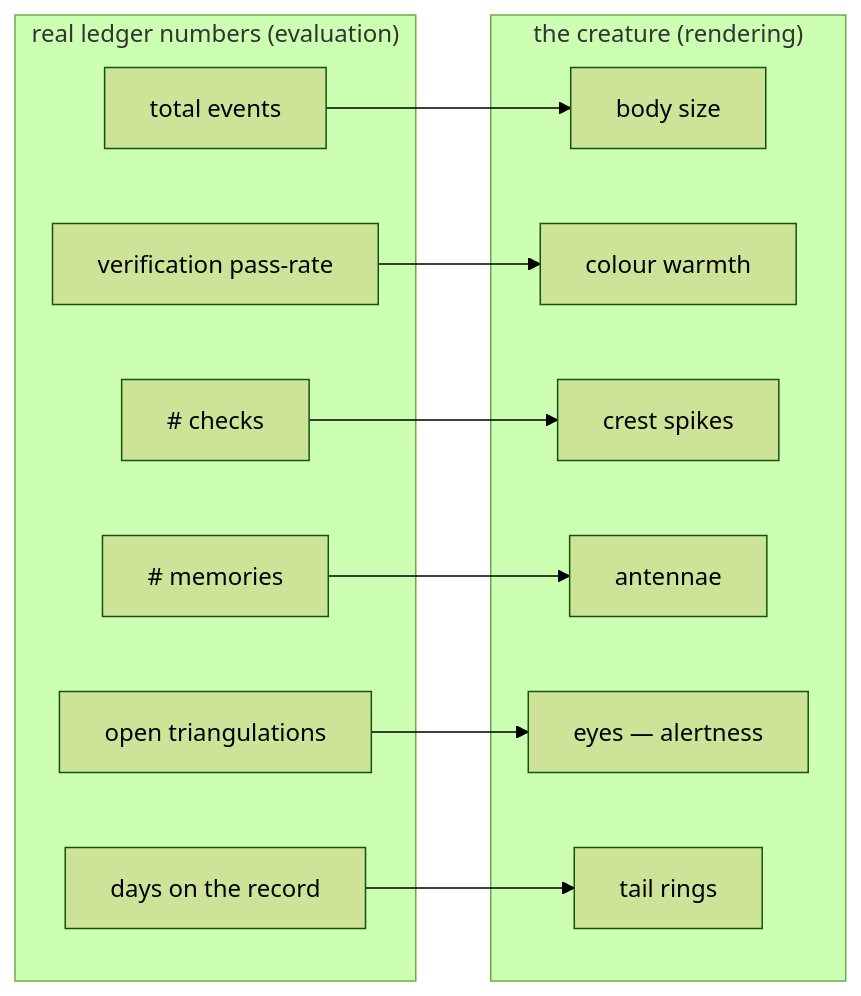
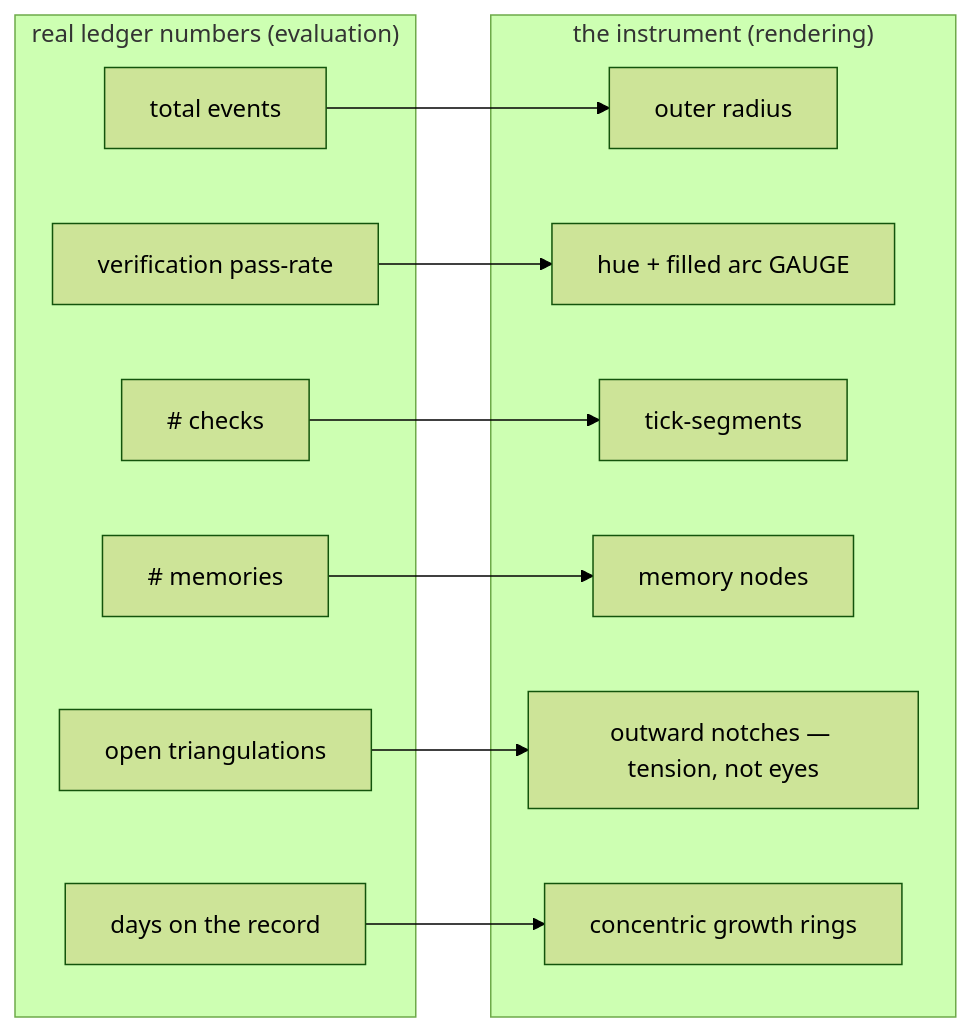
Before and after one commit to ClumsyWizardHands/trellis: diagram 14 of 20 in docs/VISUAL-TOUR.md, drawn with Mermaid (forest theme). The commit also changed other lines of this file and 13 other files, not shown here.

First line of the commit message:
self-image: an abstract instrument, not a face (D29)

````diff
--- a/docs/VISUAL-TOUR.md
+++ b/docs/VISUAL-TOUR.md
@@ -392,25 +395,25 @@
 ```mermaid
 flowchart LR
     subgraph STATS["real ledger numbers (evaluation)"]
         A["total events"]
         B["verification pass-rate"]
         C["# checks"]
         D["# memories"]
         E["open triangulations"]
         F["days on the record"]
     end
-    subgraph GLYPH["the creature (rendering)"]
-        A2["body size"]
-        B2["colour warmth"]
-        C2["crest spikes"]
-        D2["antennae"]
-        E2["eyes — alertness"]
-        F2["tail rings"]
+    subgraph GLYPH["the instrument (rendering)"]
+        A2["outer radius"]
+        B2["hue + filled arc GAUGE"]
+        C2["tick-segments"]
+        D2["memory nodes"]
+        E2["outward notches — tension, not eyes"]
+        F2["concentric growth rings"]
     end
     A --> A2
     B --> B2
     C --> C2
     D --> D2
     E --> E2
     F --> F2
 ```
````
